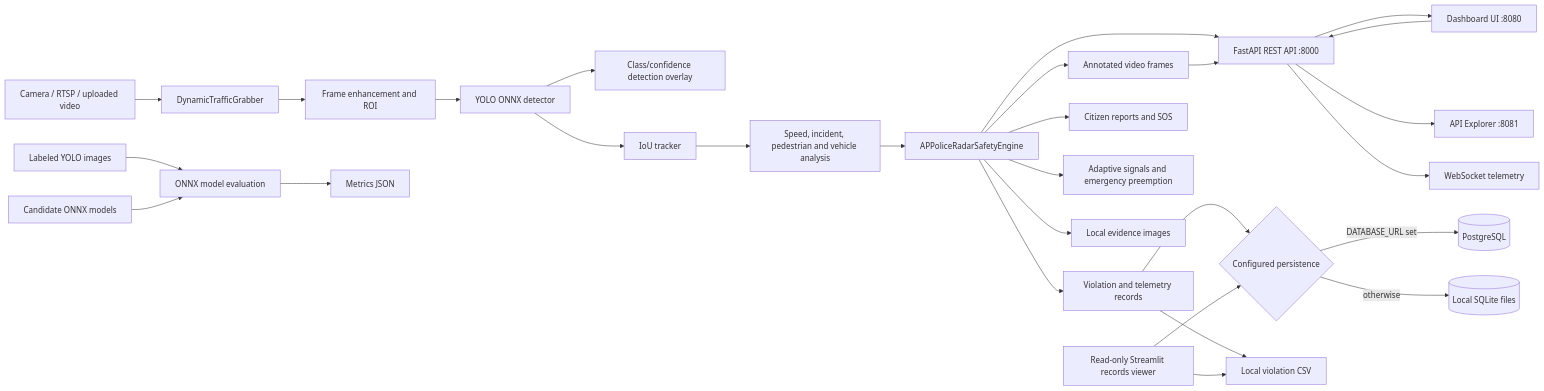
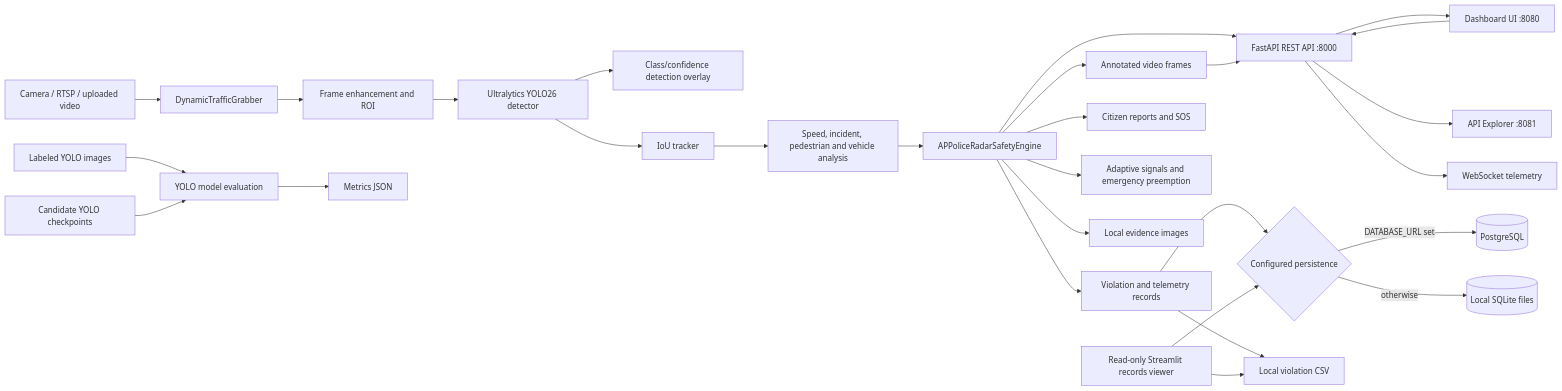
The diagram in ARCHITECTURE.md (venkata-sai-01/capstone-project), drawn with Mermaid before and after one commit. The commit also changed other lines of this file and 10 other files, not shown here.

Commit message:
Replace ONNX detector with YOLO26

````diff
--- a/ARCHITECTURE.md
+++ b/ARCHITECTURE.md
@@ -9,33 +9,33 @@
 ```mermaid
 flowchart LR
     Camera[Camera / RTSP / uploaded video] --> Capture[DynamicTrafficGrabber]
     Capture --> Vision[Frame enhancement and ROI]
-    Vision --> Detector[YOLO ONNX detector]
+    Vision --> Detector[Ultralytics YOLO26 detector]
     Detector --> Overlay[Class/confidence detection overlay]
     Detector --> Tracker[IoU tracker]
     Tracker --> Safety[Speed, incident, pedestrian and vehicle analysis]
     Safety --> Engine[APPoliceRadarSafetyEngine]
     Engine --> Annotated[Annotated video frames]
     Engine --> Records[Violation and telemetry records]
     Engine --> Portal[Citizen reports and SOS]
     Engine --> Signals[Adaptive signals and emergency preemption]
 
     Engine --> API[FastAPI REST API :8000]
     Annotated --> API
     API --> Browser[Dashboard UI :8080]
     API --> Explorer[API Explorer :8081]
     API --> WS[WebSocket telemetry]
     Browser --> API
 
     Records --> DB{Configured persistence}
     DB -->|DATABASE_URL set| PostgreSQL[(PostgreSQL)]
     DB -->|otherwise| SQLite[(Local SQLite files)]
     Records --> CSV[Local violation CSV]
     Engine --> Files[Local evidence images]
     Streamlit[Read-only Streamlit records viewer] --> DB
     Streamlit --> CSV
 
-    EvalData[Labeled YOLO images] --> Eval[ONNX model evaluation]
-    ModelFiles[Candidate ONNX models] --> Eval
+    EvalData[Labeled YOLO images] --> Eval[YOLO model evaluation]
+    ModelFiles[Candidate YOLO checkpoints] --> Eval
     Eval --> EvalReport[Metrics JSON]
 ```
````
